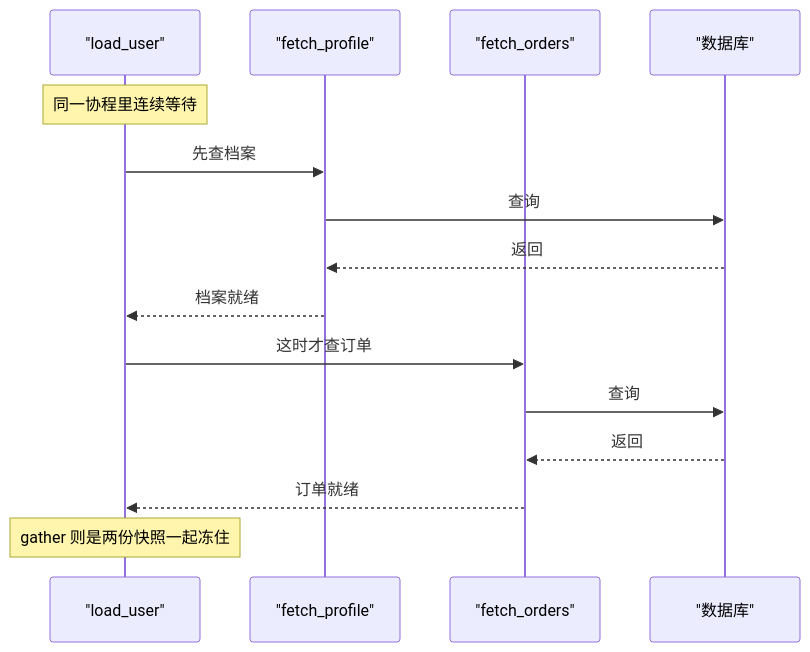
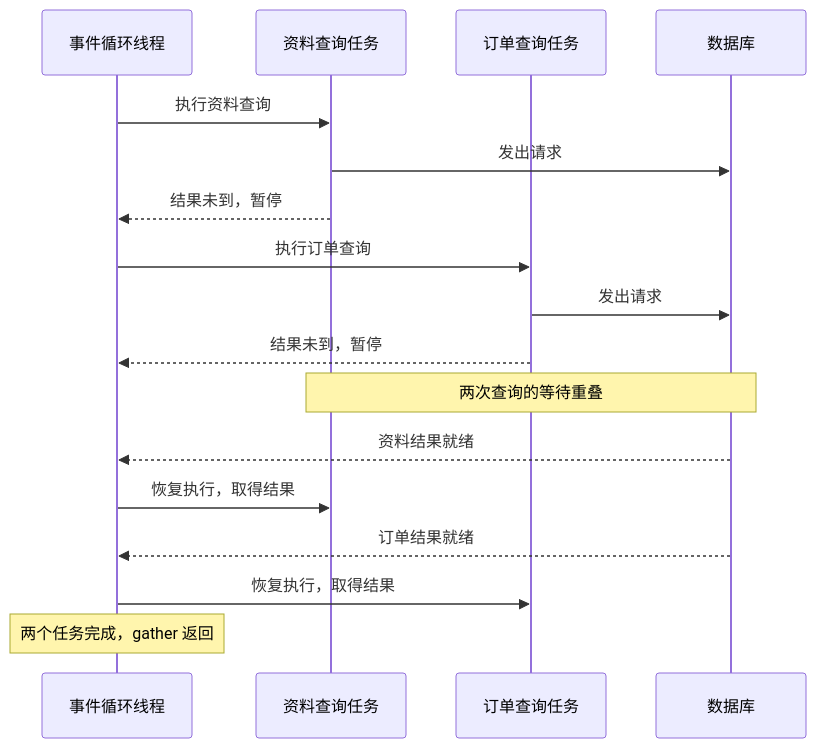
One commit to puppylpg/puppylpg.github.io changed the first of 2 diagrams in _posts/2026-09-04-python-gil-asyncio-await.md. Above: the diagram before and after it, drawn with Mermaid. The commit also changed other lines of this file, not shown here.

````diff
--- a/_posts/2026-09-04-python-gil-asyncio-await.md
+++ b/_posts/2026-09-04-python-gil-asyncio-await.md
@@ -310,19 +137,19 @@
 ```mermaid
 sequenceDiagram
-    participant Parent as "load_user"
-    participant Prof as "fetch_profile"
-    participant Ord as "fetch_orders"
-    participant Store as "数据库"
-
-    Note over Parent: 同一协程里连续等待
-    Parent->>Prof: 先查档案
-    Prof->>Store: 查询
-    Store-->>Prof: 返回
-    Prof-->>Parent: 档案就绪
-    Parent->>Ord: 这时才查订单
-    Ord->>Store: 查询
-    Store-->>Ord: 返回
-    Ord-->>Parent: 订单就绪
-
-    Note over Parent: gather 则是两份快照一起冻住
+    participant L as 事件循环线程
+    participant P as 资料查询任务
+    participant O as 订单查询任务
+    participant D as 数据库
+    L->>P: 执行资料查询
+    P->>D: 发出请求
+    P-->>L: 结果未到，暂停
+    L->>O: 执行订单查询
+    O->>D: 发出请求
+    O-->>L: 结果未到，暂停
+    Note over P,D: 两次查询的等待重叠
+    D-->>L: 资料结果就绪
+    L->>P: 恢复执行，取得结果
+    D-->>L: 订单结果就绪
+    L->>O: 恢复执行，取得结果
+    Note over L: 两个任务完成，gather 返回
 ```
````
